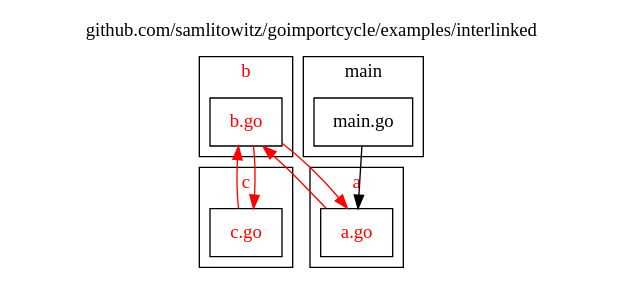
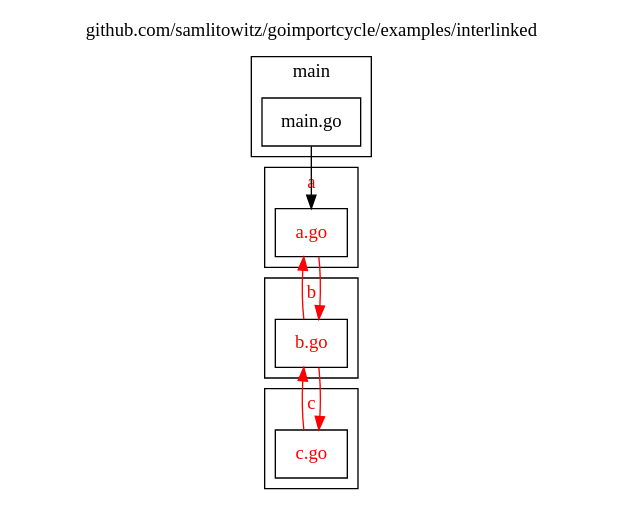
The diagram in assets/examples/interlinked/file.dot (samlitowitz/goimportcycle), drawn with Graphviz before and after one commit. The commit also changed other lines of this file and 13 other files, not shown here.

```diff
--- a/assets/examples/interlinked/file.dot
+++ b/assets/examples/interlinked/file.dot
@@ -1,49 +1,49 @@
 
 digraph {
 	labelloc="t";
 	label="github.com/samlitowitz/goimportcycle/examples/interlinked";
 	rankdir="TB";
 	node [shape="rect"];
+
+	subgraph cluster_pkg_main {
+		label="main";
+		style="filled";
+		fontcolor="#000000";
+		fillcolor="#ffffff";
+
+		pkg_main_file_main [label="main.go", style="filled", fontcolor="#000000", fillcolor="#ffffff"];
+	};
+
+	subgraph cluster_pkg_a {
+		label="a";
+		style="filled";
+		fontcolor="#ff0000";
+		fillcolor="#ffffff";
+
+		pkg_a_file_a [label="a.go", style="filled", fontcolor="#ff0000", fillcolor="#ffffff"];
+	};
 
 	subgraph cluster_pkg_b {
 		label="b";
 		style="filled";
 		fontcolor="#ff0000";
 		fillcolor="#ffffff";
 
 		pkg_b_file_b [label="b.go", style="filled", fontcolor="#ff0000", fillcolor="#ffffff"];
 	};
 
 	subgraph cluster_pkg_c {
 		label="c";
 		style="filled";
 		fontcolor="#ff0000";
 		fillcolor="#ffffff";
 
 		pkg_c_file_c [label="c.go", style="filled", fontcolor="#ff0000", fillcolor="#ffffff"];
 	};
 
-	subgraph cluster_pkg_main {
-		label="main";
-		style="filled";
-		fontcolor="#000000";
-		fillcolor="#ffffff";
-
-		pkg_main_file_main [label="main.go", style="filled", fontcolor="#000000", fillcolor="#ffffff"];
-	};
-
-	subgraph cluster_pkg_a {
-		label="a";
-		style="filled";
-		fontcolor="#ff0000";
-		fillcolor="#ffffff";
-
-		pkg_a_file_a [label="a.go", style="filled", fontcolor="#ff0000", fillcolor="#ffffff"];
-	};
-
-	pkg_b_file_b -> pkg_a_file_a [color="#ff0000"];
-	pkg_b_file_b -> pkg_c_file_c [color="#ff0000"];
-	pkg_c_file_c -> pkg_b_file_b [color="#ff0000"];
 	pkg_main_file_main -> pkg_a_file_a [color="#000000"];
 	pkg_a_file_a -> pkg_b_file_b [color="#ff0000"];
+	pkg_b_file_b -> pkg_c_file_c [color="#ff0000"];
+	pkg_b_file_b -> pkg_a_file_a [color="#ff0000"];
+	pkg_c_file_c -> pkg_b_file_b [color="#ff0000"];
 }
```
